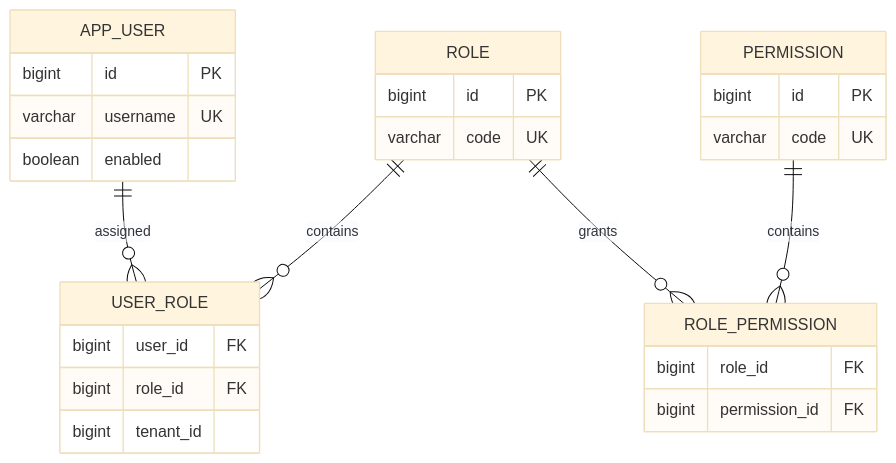
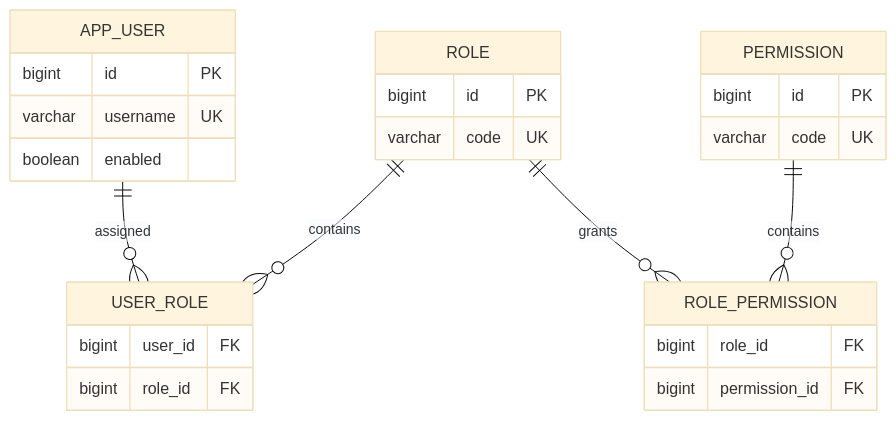
Before and after one commit to vanhiep99w/java-learn: the second of 6 diagrams in content/docs/spring/access-control-models-rbac-acl.md, drawn with Mermaid (base theme). The commit also changed other lines of this file, not shown here.

````diff
--- a/content/docs/spring/access-control-models-rbac-acl.md
+++ b/content/docs/spring/access-control-models-rbac-acl.md
@@ -240,30 +238,29 @@
 ```mermaid
 erDiagram
     APP_USER ||--o{ USER_ROLE : assigned
     ROLE ||--o{ USER_ROLE : contains
     ROLE ||--o{ ROLE_PERMISSION : grants
     PERMISSION ||--o{ ROLE_PERMISSION : contains
 
     APP_USER {
       bigint id PK
       varchar username UK
       boolean enabled
     }
     ROLE {
       bigint id PK
       varchar code UK
     }
     PERMISSION {
       bigint id PK
       varchar code UK
     }
     USER_ROLE {
       bigint user_id FK
       bigint role_id FK
-      bigint tenant_id
     }
     ROLE_PERMISSION {
       bigint role_id FK
       bigint permission_id FK
     }
 ```
````
